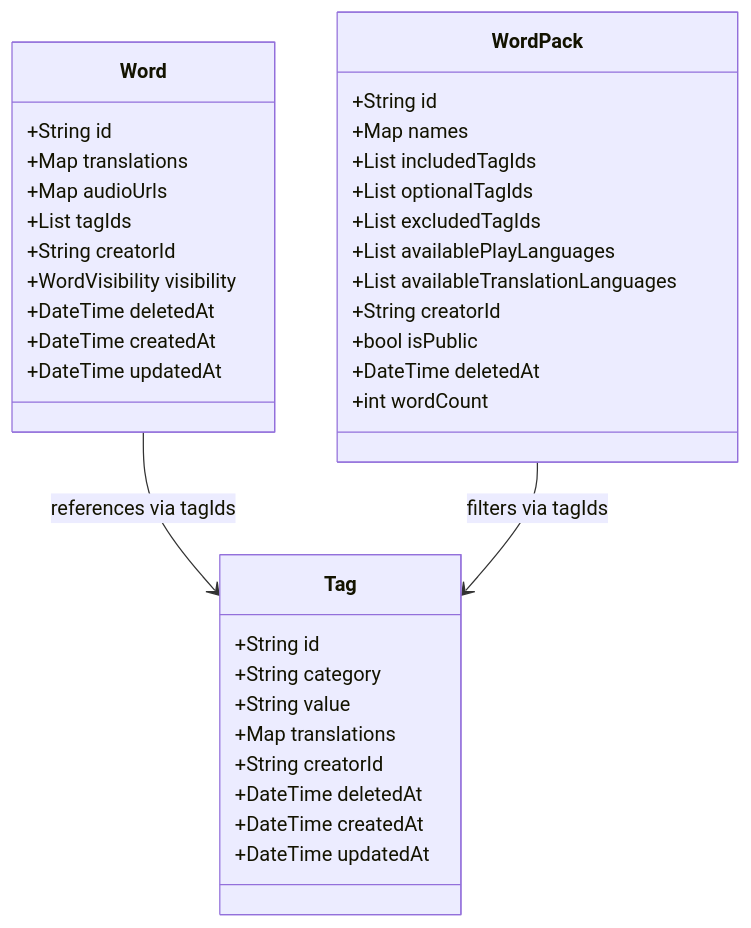
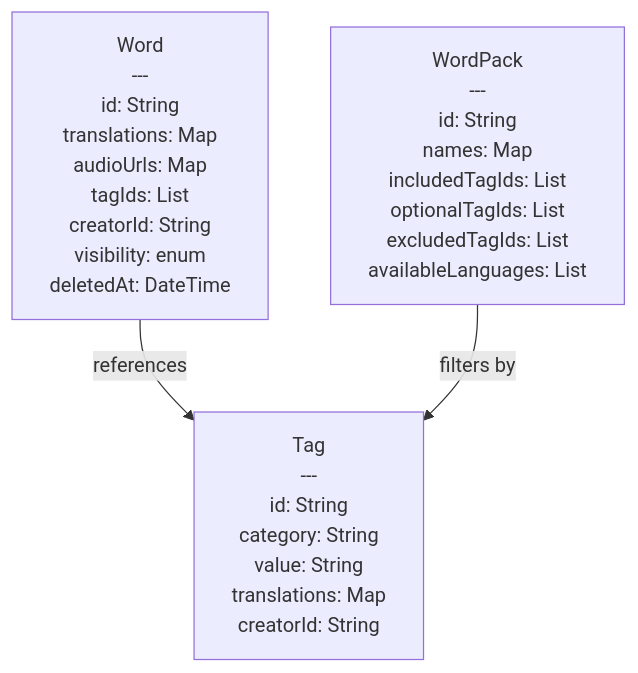
The first of 5 diagrams in docs/architecture/class-diagram.md (SaschaKay/play-and-translate-2), drawn with Mermaid before and after one commit. The commit also changed other lines of this file, not shown here.

First line of the commit message:
Revise class diagram

````diff
--- a/docs/architecture/class-diagram.md
+++ b/docs/architecture/class-diagram.md
@@ -15,42 +15,11 @@
 ```mermaid
-classDiagram
-    class Word {
-        +String id
-        +Map translations
-        +Map audioUrls
-        +List tagIds
-        +String creatorId
-        +WordVisibility visibility
-        +DateTime deletedAt
-        +DateTime createdAt
-        +DateTime updatedAt
-    }
-
-    class Tag {
-        +String id
-        +String category
-        +String value
-        +Map translations
-        +String creatorId
-        +DateTime deletedAt
-        +DateTime createdAt
-        +DateTime updatedAt
-    }
-
-    class WordPack {
-        +String id
-        +Map names
-        +List includedTagIds
-        +List optionalTagIds
-        +List excludedTagIds
-        +List availablePlayLanguages
-        +List availableTranslationLanguages
-        +String creatorId
-        +bool isPublic
-        +DateTime deletedAt
-        +int wordCount
-    }
-
-    Word --> Tag : references via tagIds
-    WordPack --> Tag : filters via tagIds
+graph TB
+    Word[Word<br/>---<br/>id: String<br/>translations: Map<br/>audioUrls: Map<br/>tagIds: List<br/>creatorId: String<br/>visibility: enum<br/>deletedAt: DateTime]
+    
+    Tag[Tag<br/>---<br/>id: String<br/>category: String<br/>value: String<br/>translations: Map<br/>creatorId: String]
+    
+    WordPack[WordPack<br/>---<br/>id: String<br/>names: Map<br/>includedTagIds: List<br/>optionalTagIds: List<br/>excludedTagIds: List<br/>availableLanguages: List]
+    
+    Word -->|references| Tag
+    WordPack -->|filters by| Tag
 ```
````
